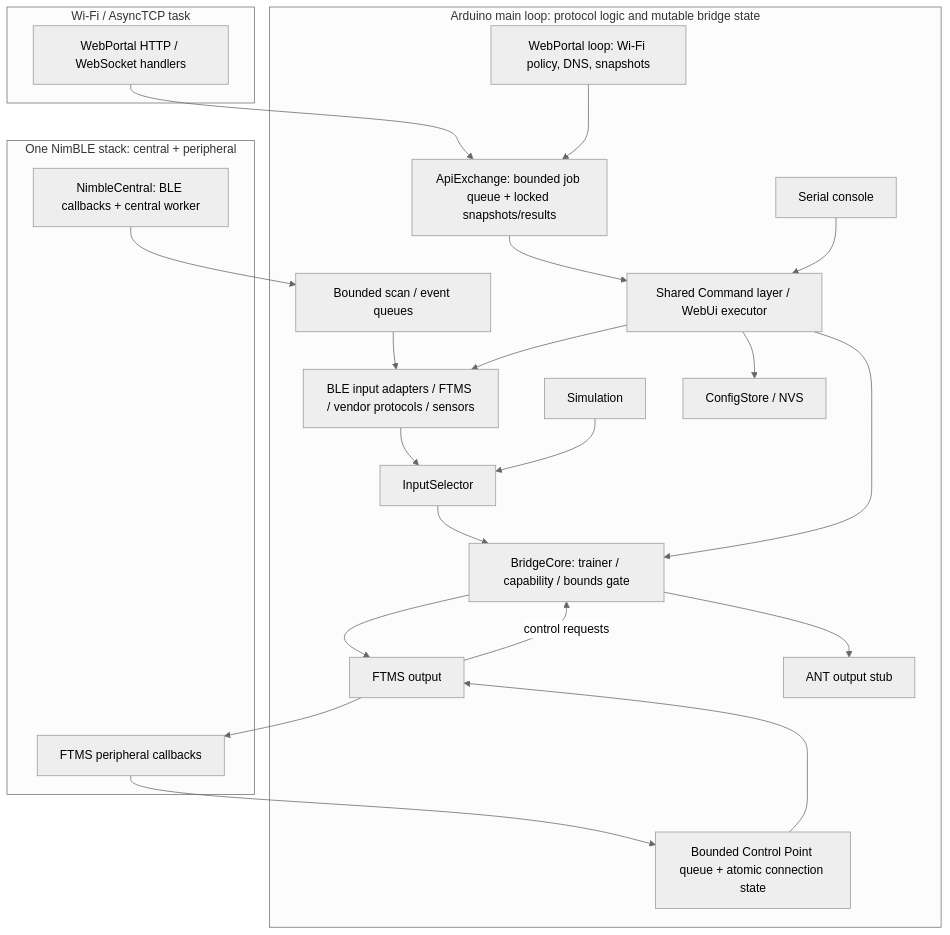
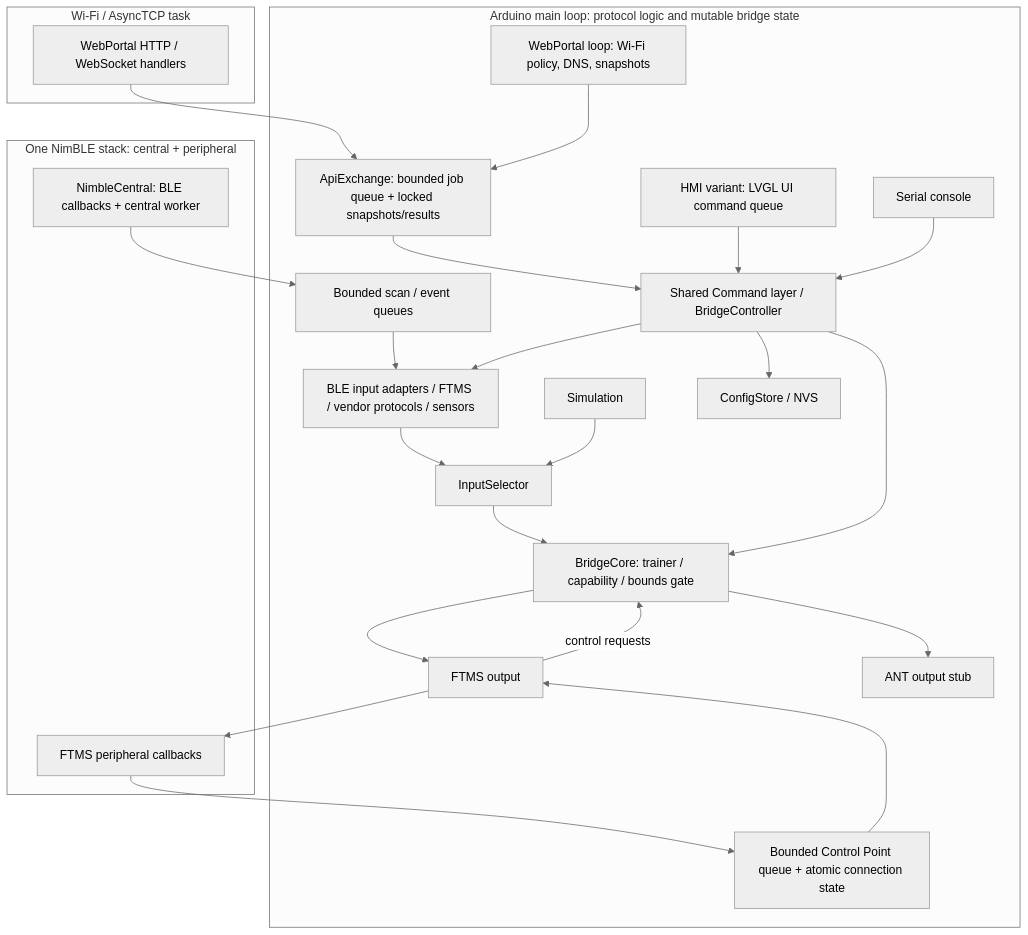
One commit to hubwerk/smartfitness-bridge changed the diagram in README.md. Above: the diagram before and after it, drawn with Mermaid (neutral theme). The commit also changed other lines of this file and 3 other files, not shown here.

````diff
--- a/README.md
+++ b/README.md
@@ -76,30 +187,31 @@
 ```mermaid
 flowchart TD
   subgraph radio["One NimBLE stack: central + peripheral"]
     NC["NimbleCentral: BLE callbacks + central worker"]
     FP["FTMS peripheral callbacks"]
   end
   subgraph wifi["Wi-Fi / AsyncTCP task"]
     HTTP["WebPortal HTTP / WebSocket handlers"]
   end
   NC --> SQ["Bounded scan / event queues"]
   FP --> CQ["Bounded Control Point queue + atomic connection state"]
   HTTP --> API["ApiExchange: bounded job queue + locked snapshots/results"]
   subgraph loop["Arduino main loop: protocol logic and mutable bridge state"]
     SQ --> BLE["BLE input adapters / FTMS / vendor protocols / sensors"]
     BLE --> IS["InputSelector"]
     SIM["Simulation"] --> IS
     IS --> CORE["BridgeCore: trainer / capability / bounds gate"]
     CORE --> OUT["FTMS output"]
     CORE --> ANT["ANT output stub"]
-    API --> CMD["Shared Command layer / WebUi executor"]
+    API --> CMD["Shared Command layer / BridgeController"]
+    HMI["HMI variant: LVGL UI command queue"] --> CMD
     CON["Serial console"] --> CMD
     CMD --> CORE
     CMD --> BLE
     CMD --> CFG["ConfigStore / NVS"]
     CQ --> OUT
     OUT -->|control requests| CORE
     WP["WebPortal loop: Wi-Fi policy, DNS, snapshots"] --> API
   end
   OUT --> FP
 ```
````
